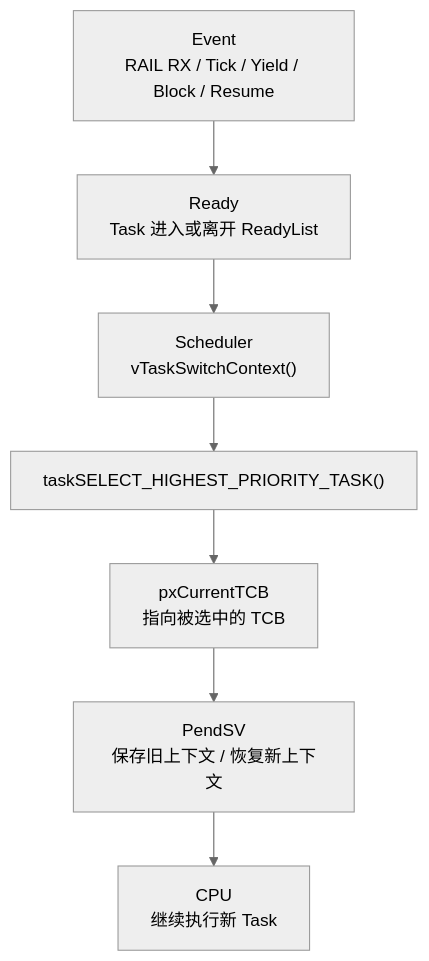
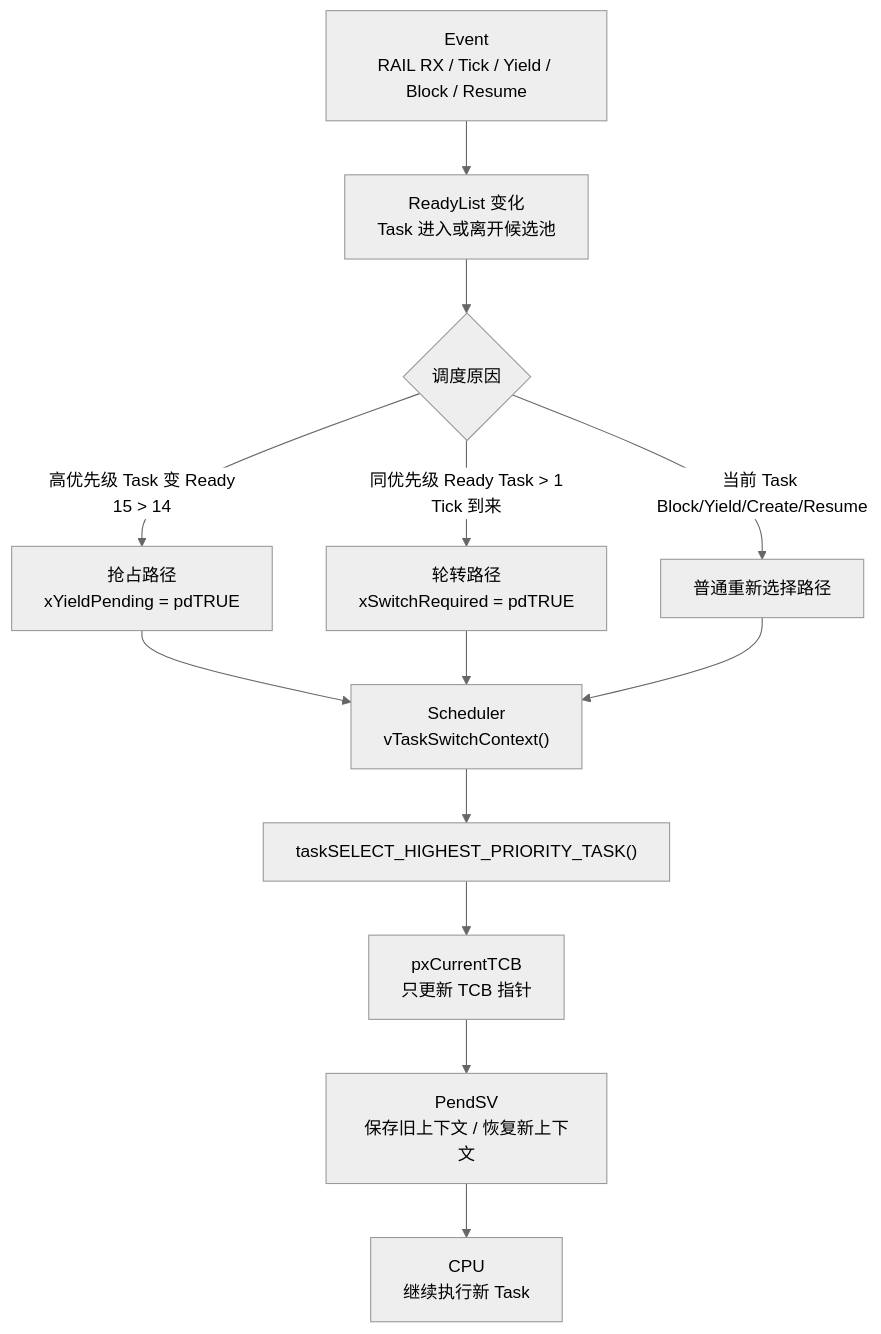
The tenth of 10 diagrams in RTOS/003_FreeRTOS_Scheduler_ReadyList_Deep_Dive.md (redamacy/embedded-system-notes), drawn with Mermaid (neutral theme) before and after one commit. The commit also changed other lines of this file and 1 other file, not shown here.

Commit message:
docs: refine FreeRTOS scheduler ready list notes

````diff
--- a/RTOS/003_FreeRTOS_Scheduler_ReadyList_Deep_Dive.md
+++ b/RTOS/003_FreeRTOS_Scheduler_ReadyList_Deep_Dive.md
@@ -1431,9 +1489,18 @@
 ```mermaid
 flowchart TD
-    A["Event<br/>RAIL RX / Tick / Yield / Block / Resume"] --> B["Ready<br/>Task 进入或离开 ReadyList"]
-    B --> C["Scheduler<br/>vTaskSwitchContext()"]
-    C --> D["taskSELECT_HIGHEST_PRIORITY_TASK()"]
-    D --> E["pxCurrentTCB<br/>指向被选中的 TCB"]
-    E --> F["PendSV<br/>保存旧上下文 / 恢复新上下文"]
-    F --> G["CPU<br/>继续执行新 Task"]
+    A["Event<br/>RAIL RX / Tick / Yield / Block / Resume"] --> B["ReadyList 变化<br/>Task 进入或离开候选池"]
+    B --> C{"调度原因"}
+
+    C -- "高优先级 Task 变 Ready<br/>15 > 14" --> D["抢占路径<br/>xYieldPending = pdTRUE"]
+    C -- "同优先级 Ready Task > 1<br/>Tick 到来" --> E["轮转路径<br/>xSwitchRequired = pdTRUE"]
+    C -- "当前 Task Block/Yield/Create/Resume" --> F["普通重新选择路径"]
+
+    D --> G["Scheduler<br/>vTaskSwitchContext()"]
+    E --> G
+    F --> G
+
+    G --> H["taskSELECT_HIGHEST_PRIORITY_TASK()"]
+    H --> I["pxCurrentTCB<br/>只更新 TCB 指针"]
+    I --> J["PendSV<br/>保存旧上下文 / 恢复新上下文"]
+    J --> K["CPU<br/>继续执行新 Task"]
 ```
````
